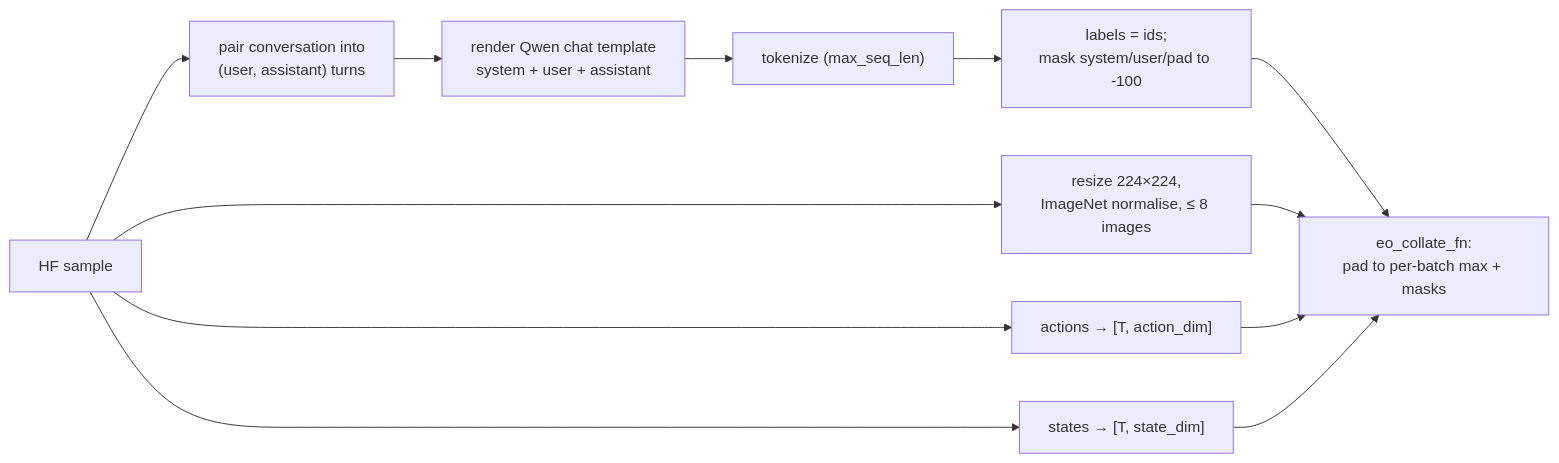
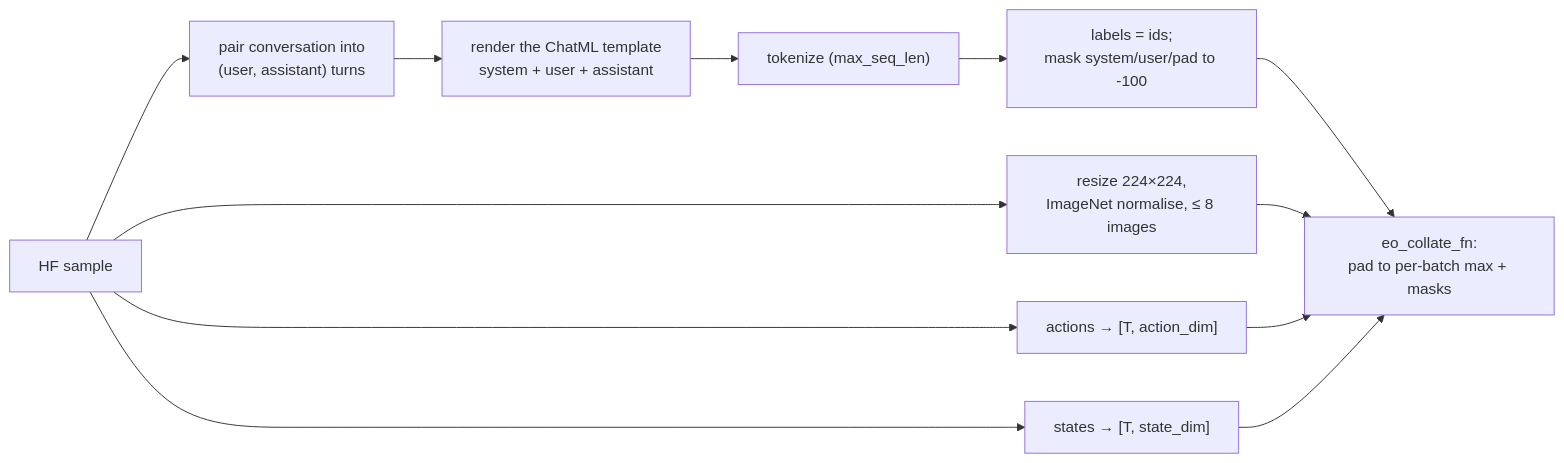
One commit to basaanithanaveenkumar/Hale-VLA changed the diagram in docs/data.md. Above: the diagram before and after it, drawn with Mermaid. The commit also changed other lines of this file and 179 other files, not shown here.

````diff
--- a/docs/data.md
+++ b/docs/data.md
@@ -19,11 +19,11 @@
 ```mermaid
 flowchart LR
   A["HF sample"] --> B["pair conversation into<br/>(user, assistant) turns"]
-  B --> C["render Qwen chat template<br/>system + user + assistant"]
+  B --> C["render the ChatML template<br/>system + user + assistant"]
   C --> D["tokenize (max_seq_len)"]
   D --> E["labels = ids;<br/>mask system/user/pad to -100"]
   A --> F["resize 224×224,<br/>ImageNet normalise, ≤ 8 images"]
   A --> G["actions → [T, action_dim]"]
   A --> H["states → [T, state_dim]"]
   E & F & G & H --> I["eo_collate_fn:<br/>pad to per-batch max + masks"]
 ```
````
